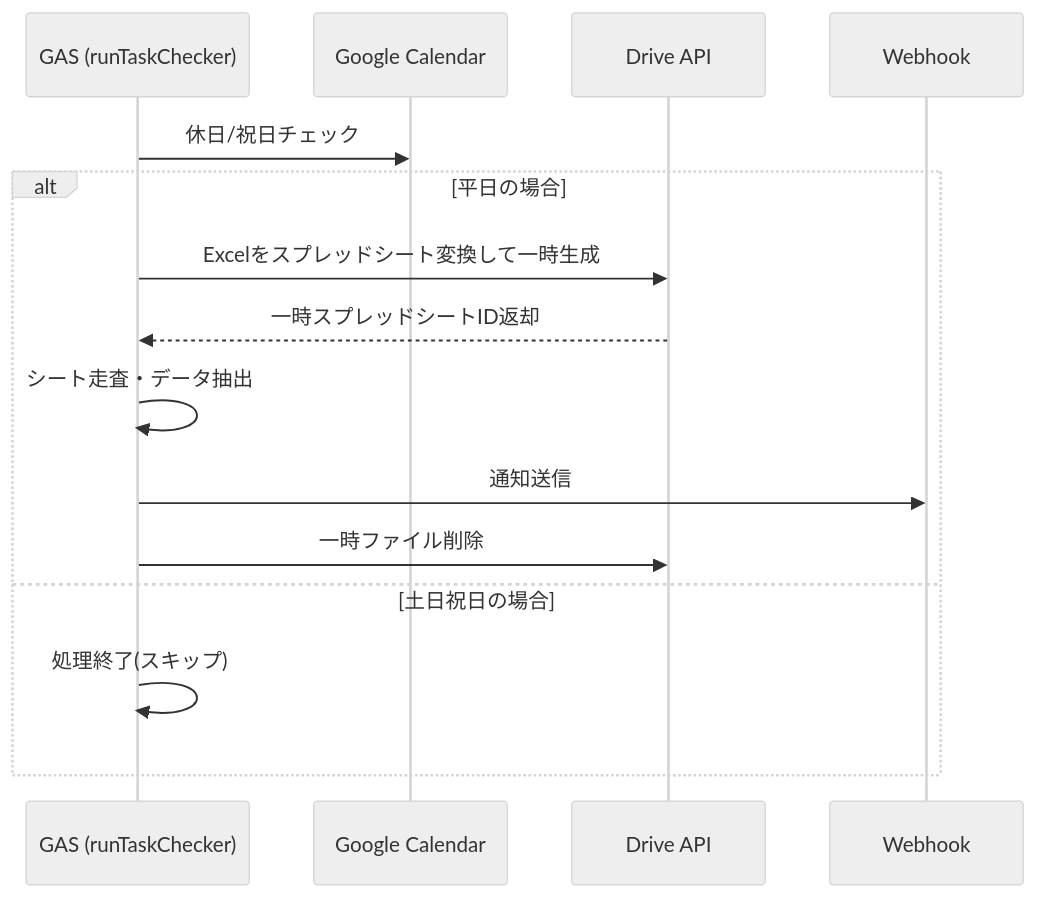
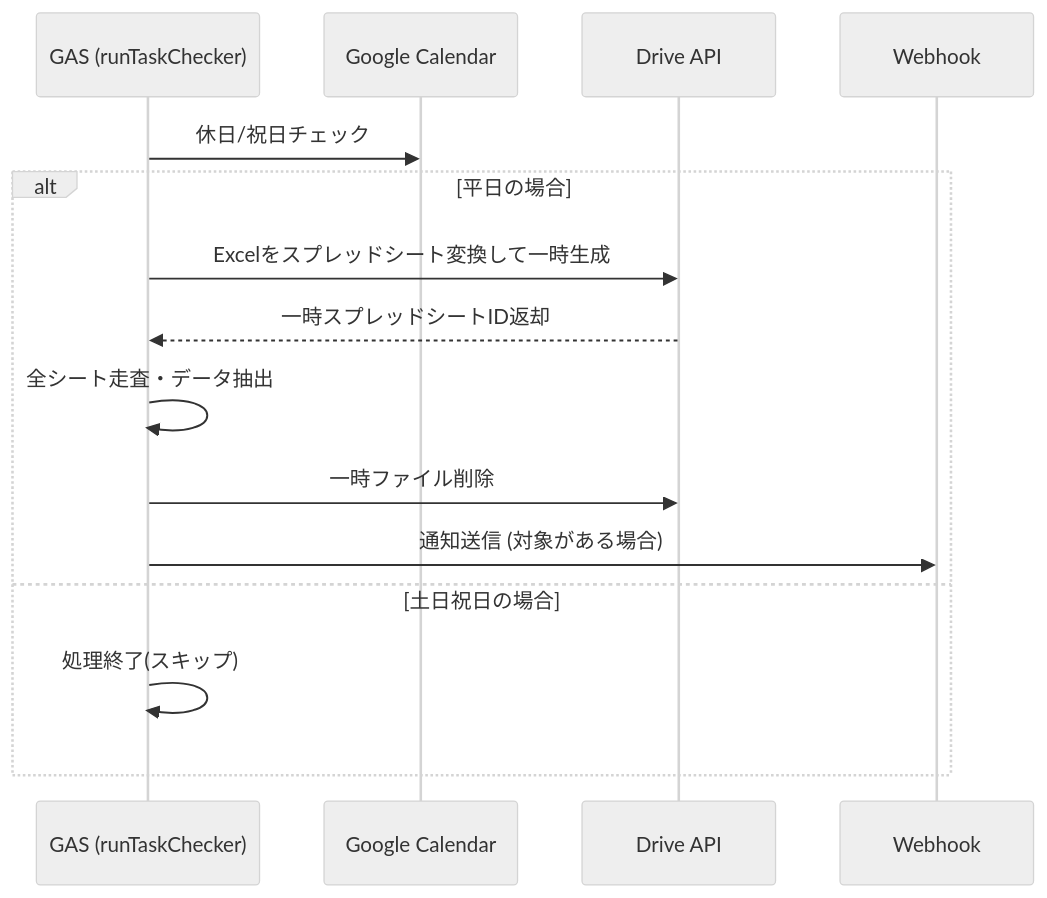
One commit to takeshiyoshida76-cell/takeshiyoshida76 changed the second of 2 diagrams in docs/勤怠確認事項チェック機能.md. Above: the diagram before and after it, drawn with Mermaid (neutral theme). The commit also changed other lines of this file, not shown here.

````diff
--- a/docs/勤怠確認事項チェック機能.md
+++ b/docs/勤怠確認事項チェック機能.md
@@ -22,19 +22,19 @@
 ```mermaid
 sequenceDiagram
     participant S as GAS (runTaskChecker)
     participant C as Google Calendar
     participant D as Drive API
     participant W as Webhook
 
     S->>C: 休日/祝日チェック
     alt 平日の場合
         S->>D: Excelをスプレッドシート変換して一時生成
         D-->>S: 一時スプレッドシートID返却
-        S->>S: シート走査・データ抽出
-        S->>W: 通知送信
+        S->>S: 全シート走査・データ抽出
         S->>D: 一時ファイル削除
+        S->>W: 通知送信 (対象がある場合)
     else 土日祝日の場合
         S->>S: 処理終了(スキップ)
     end
 
 ```
````
